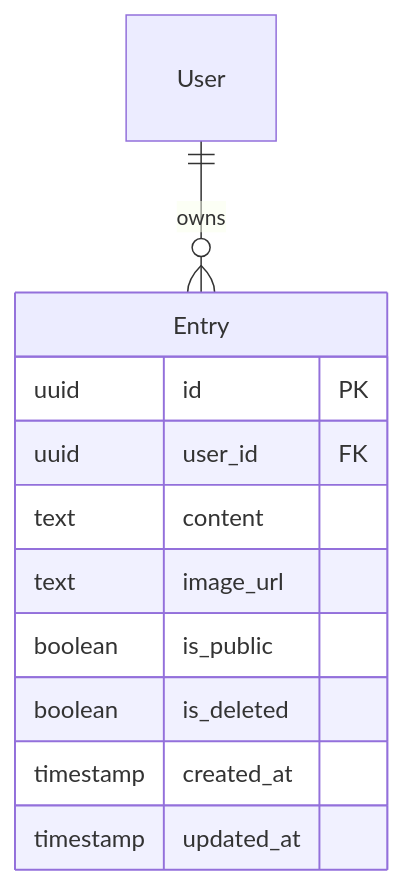
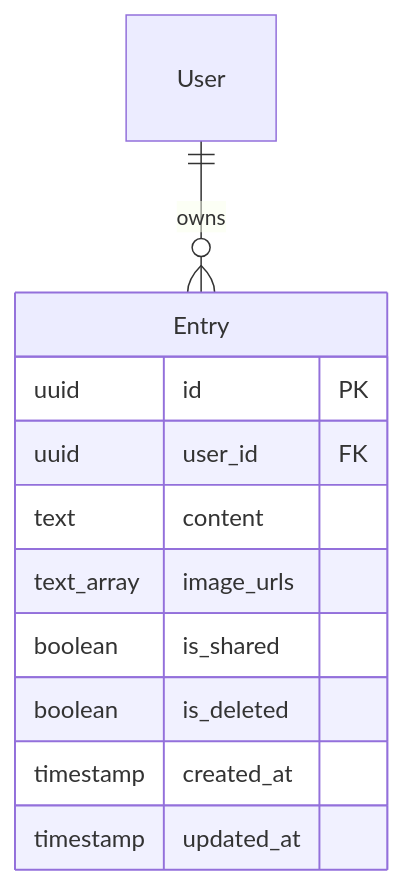
Before and after one commit to Takeaki0817/hibioru: the fourth of 4 diagrams in .kiro/specs/entry-input/design.md, drawn with Mermaid. The commit also changed other lines of this file and 8 other files, not shown here.

````diff
--- a/.kiro/specs/entry-input/design.md
+++ b/.kiro/specs/entry-input/design.md
@@ -572,14 +699,14 @@
 ```mermaid
 erDiagram
     User ||--o{ Entry : owns
     Entry {
         uuid id PK
         uuid user_id FK
         text content
-        text image_url
-        boolean is_public
+        text_array image_urls
+        boolean is_shared
         boolean is_deleted
         timestamp created_at
         timestamp updated_at
     }
 ```
````
